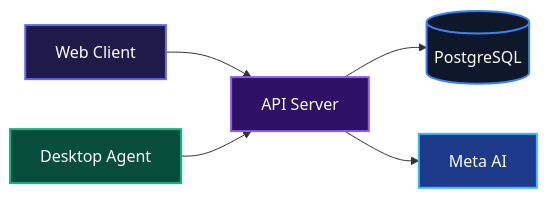
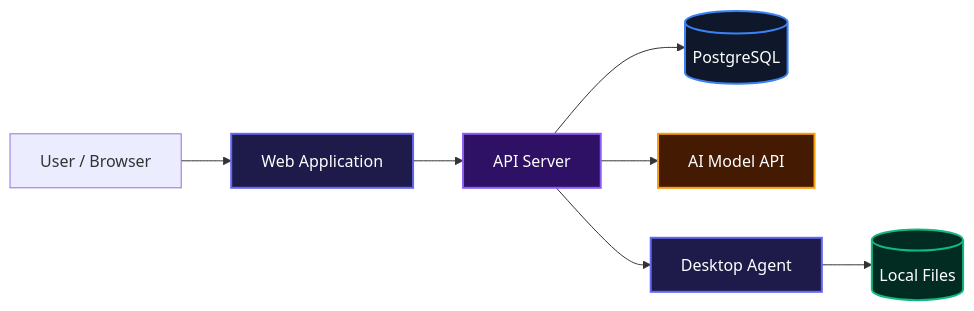
One commit to skido600/Visual-Workflow-Agent changed the first of 4 diagrams in README.md. Above: the diagram before and after it, drawn with Mermaid. The commit also changed other lines of this file, not shown here.

````diff
--- a/README.md
+++ b/README.md
@@ -15,19 +13,24 @@
 ```mermaid
 flowchart LR
-    WebClient["Web Client"]
+    User["User / Browser"]
+    WebApp["Web Application"]
     API["API Server"]
+    DB[("PostgreSQL")]
+    AI["AI Model API"]
     Agent["Desktop Agent"]
-    Postgres[("PostgreSQL")]
-    MetaAI["Meta AI"]
+    Files[("Local Files")]
 
-    WebClient --> API
-    Agent --> API
-    API --> Postgres
-    API --> MetaAI
+    User --> WebApp
+    WebApp --> API
+    API --> DB
+    API --> AI
+    API --> Agent
+    Agent --> Files
 
-    style WebClient fill:#1e1b4b,stroke:#6366f1,stroke-width:2px,color:#fff
+    style WebApp fill:#1e1b4b,stroke:#6366f1,stroke-width:2px,color:#fff
     style API fill:#2e1065,stroke:#8b5cf6,stroke-width:2px,color:#fff
-    style Agent fill:#064e3b,stroke:#10b981,stroke-width:2px,color:#fff
-    style Postgres fill:#0f172a,stroke:#3b82f6,stroke-width:2px,color:#fff
-    style MetaAI fill:#1e3a8a,stroke:#38bdf8,stroke-width:2px,color:#fff
+    style DB fill:#0f172a,stroke:#3b82f6,stroke-width:2px,color:#fff
+    style Agent fill:#1e1b4b,stroke:#6366f1,stroke-width:2px,color:#fff
+    style Files fill:#022c22,stroke:#10b981,stroke-width:2px,color:#fff
+    style AI fill:#451a03,stroke:#f59e0b,stroke-width:2px,color:#fff
 ```
````
